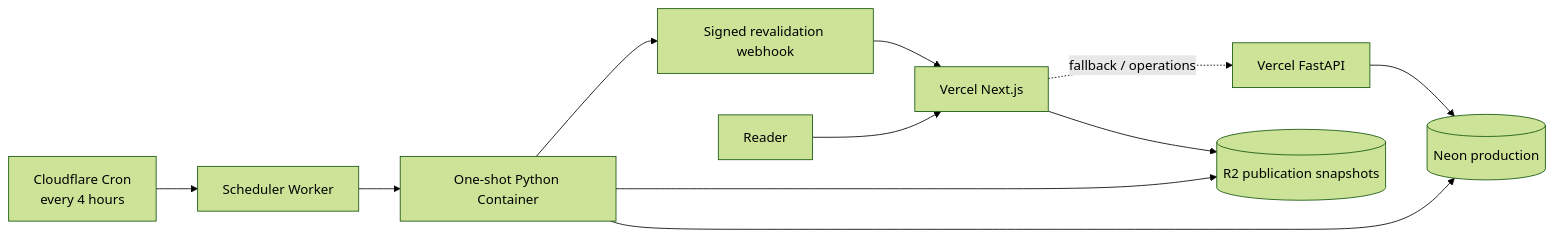
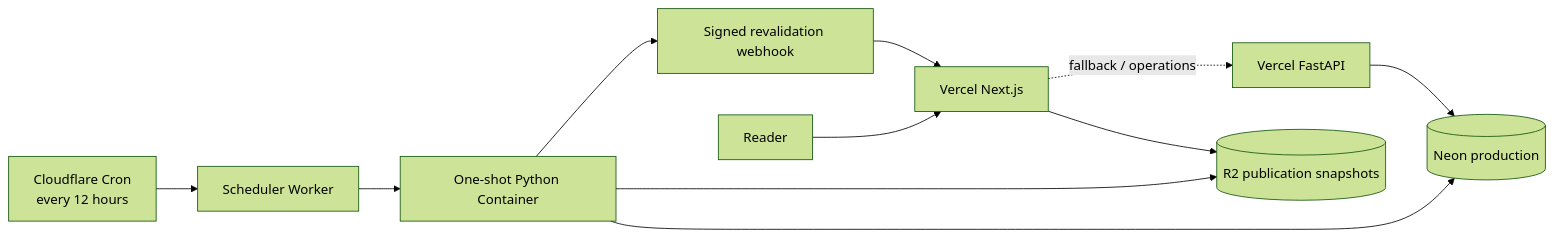
The diagram in docs/DEPLOYMENT.md (kantegger/open-signal), drawn with Mermaid (forest theme) before and after one commit. The commit also changed other lines of this file and 8 other files, not shown here.

````diff
--- a/docs/DEPLOYMENT.md
+++ b/docs/DEPLOYMENT.md
@@ -8,13 +8,13 @@
 ```mermaid
 flowchart LR
-  cron["Cloudflare Cron\nevery 4 hours"] --> scheduler["Scheduler Worker"]
+  cron["Cloudflare Cron\nevery 12 hours"] --> scheduler["Scheduler Worker"]
   scheduler --> batch["One-shot Python Container"]
   batch --> neon[("Neon production")]
   batch --> r2[("R2 publication snapshots")]
   batch --> hook["Signed revalidation webhook"]
   hook --> web["Vercel Next.js"]
   reader["Reader"] --> web
   web --> r2
   web -. "fallback / operations" .-> api["Vercel FastAPI"]
   api --> neon
 ```
````
